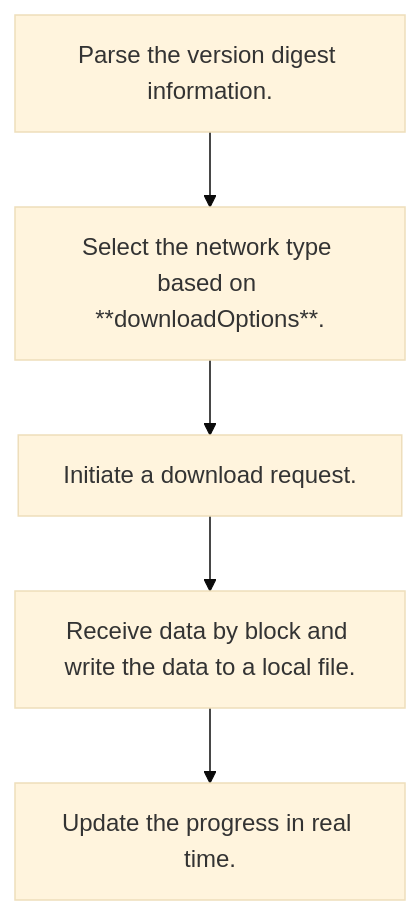
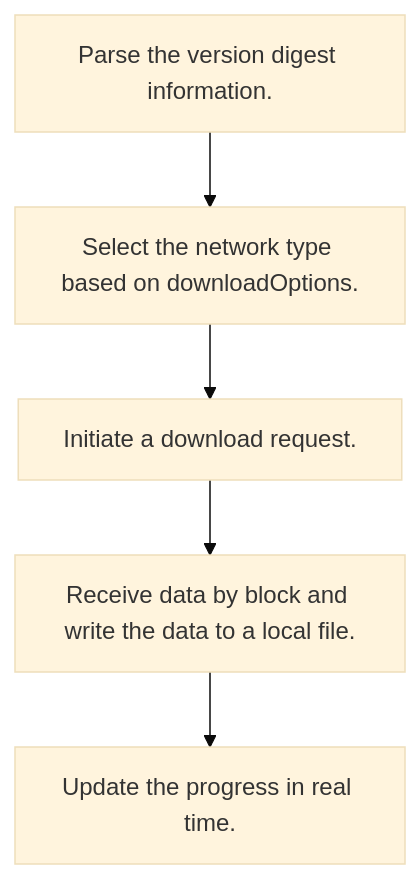
One commit to openharmony-rs/openharmony-docs changed the sixth of 9 diagrams in en/application-dev/reference/apis-basic-services-kit/js-apis-update-sys.md. Above: the diagram before and after it, drawn with Mermaid (base theme). The commit also changed other lines of this file, not shown here.

````diff
--- a/en/application-dev/reference/apis-basic-services-kit/js-apis-update-sys.md
+++ b/en/application-dev/reference/apis-basic-services-kit/js-apis-update-sys.md
@@ -1233,7 +1233,7 @@
 ```mermaid
 graph TD
-    A[Parse the version digest information.] --> B[Select the network type based on **downloadOptions**.]
+    A[Parse the version digest information.] --> B[Select the network type based on downloadOptions.]
     B --> C[Initiate a download request.]
     C --> D[Receive data by block and write the data to a local file.]
     D --> E[Update the progress in real time.]
 ```
````
